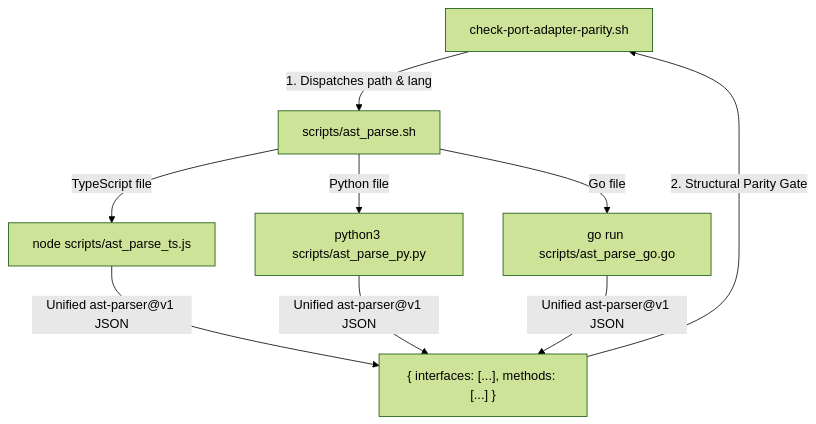
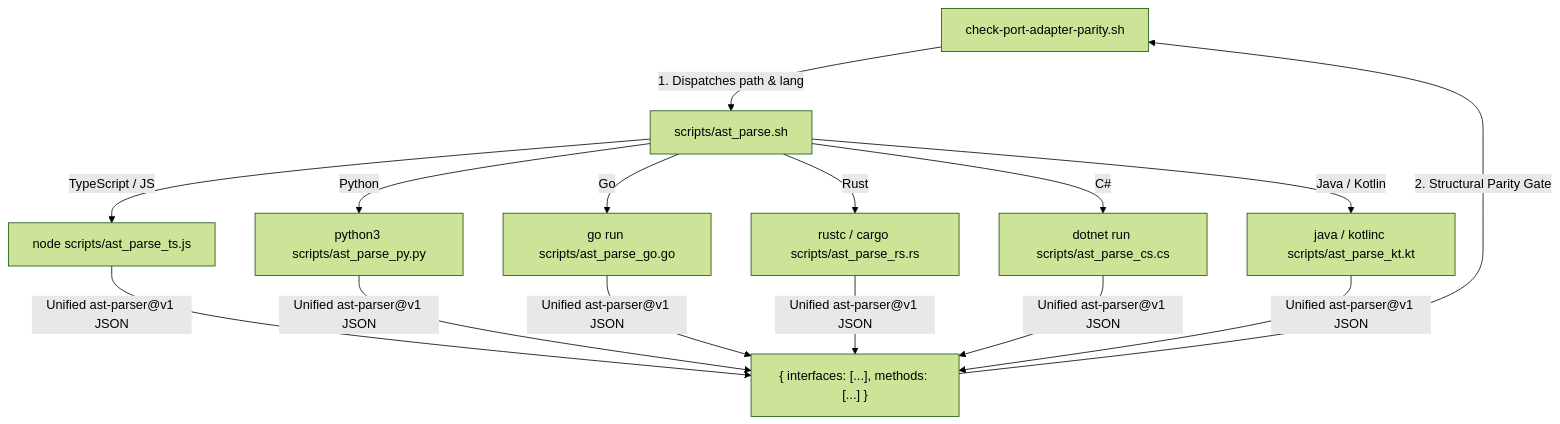
Before and after one commit to nuewframe/praxis: the diagram in docs/architecture/adr/ADR.260811.01-ast-multi-language-parser-infrastructure.md, drawn with Mermaid (forest theme). The commit also changed other lines of this file and 2 other files, not shown here.

Commit message:
docs(architecture): expand ADR.260811.01 and INIT to cover 6 main enterprise stacks (TS, Py, Go, Rust, C#, JVM)

````diff
--- a/docs/architecture/adr/ADR.260811.01-ast-multi-language-parser-infrastructure.md
+++ b/docs/architecture/adr/ADR.260811.01-ast-multi-language-parser-infrastructure.md
@@ -30,11 +29,17 @@
 ```mermaid
 flowchart TD
     Probe["check-port-adapter-parity.sh"] -->|1. Dispatches path & lang| Bridge["scripts/ast_parse.sh"]
-    Bridge -->|TypeScript file| NodeRunner["node scripts/ast_parse_ts.js"]
-    Bridge -->|Python file| PyRunner["python3 scripts/ast_parse_py.py"]
-    Bridge -->|Go file| GoRunner["go run scripts/ast_parse_go.go"]
+    Bridge -->|TypeScript / JS| NodeRunner["node scripts/ast_parse_ts.js"]
+    Bridge -->|Python| PyRunner["python3 scripts/ast_parse_py.py"]
+    Bridge -->|Go| GoRunner["go run scripts/ast_parse_go.go"]
+    Bridge -->|Rust| RsRunner["rustc / cargo scripts/ast_parse_rs.rs"]
+    Bridge -->|C#| CsRunner["dotnet run scripts/ast_parse_cs.cs"]
+    Bridge -->|Java / Kotlin| JvmRunner["java / kotlinc scripts/ast_parse_kt.kt"]
     NodeRunner -->|Unified ast-parser@v1 JSON| Out["{ interfaces: [...], methods: [...] }"]
     PyRunner -->|Unified ast-parser@v1 JSON| Out
     GoRunner -->|Unified ast-parser@v1 JSON| Out
+    RsRunner -->|Unified ast-parser@v1 JSON| Out
+    CsRunner -->|Unified ast-parser@v1 JSON| Out
+    JvmRunner -->|Unified ast-parser@v1 JSON| Out
     Out -->|2. Structural Parity Gate| Probe
 ```
````
